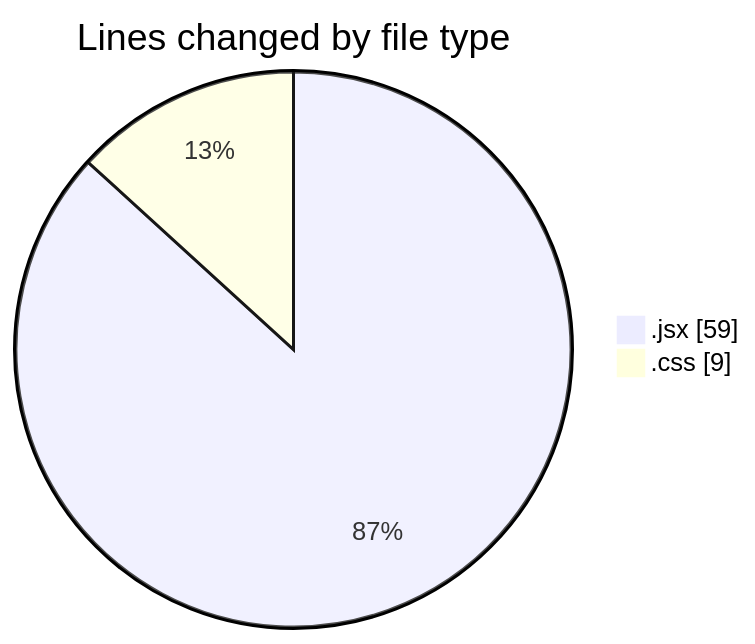
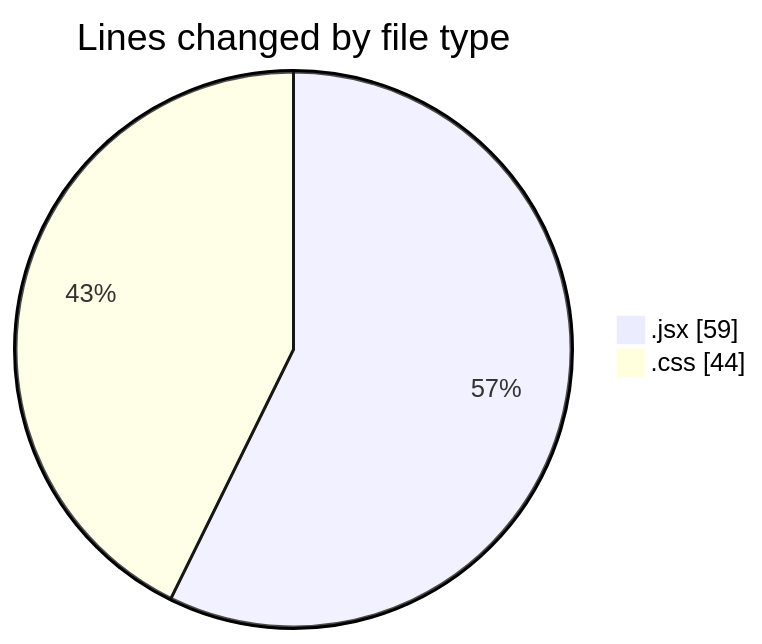
The first of 2 diagrams in 2025-02-04/react/README.md (Elitesun/code-tracking), drawn with Mermaid before and after one commit. The commit also changed other lines of this file and 1 other file, not shown here.

````diff
--- a/2025-02-04/react/README.md
+++ b/2025-02-04/react/README.md
@@ -21,6 +21,6 @@
 ```mermaid
 pie showData
 title Lines changed by file type
 ".jsx" : 59
-".css" : 9
+".css" : 44
 ```
````
